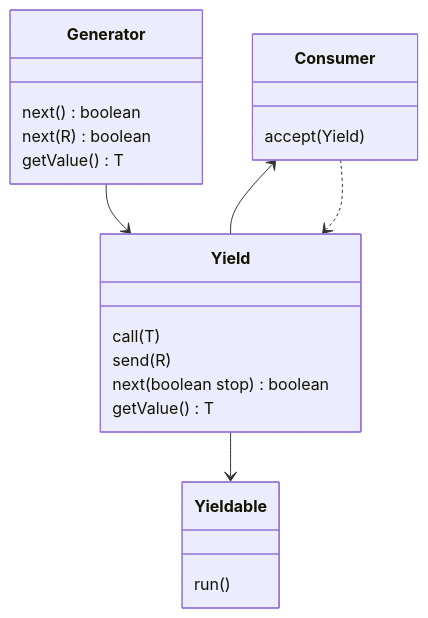
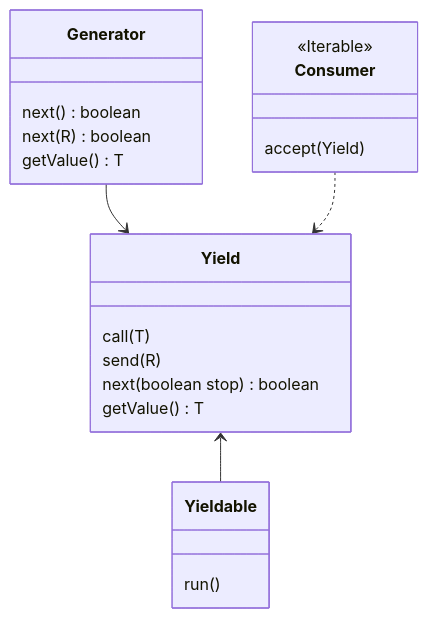
One commit to uia4j/uia-sim changed the first of 11 diagrams in README.md. Above: the diagram before and after it, drawn with Mermaid. The commit also changed other lines of this file and 3 other files, not shown here.

````diff
--- a/README.md
+++ b/README.md
@@ -112,17 +112,18 @@
 ```mermaid
 classDiagram
     Generator --> Yield
-    Consumer <-- Yield
     Consumer ..> Yield
-    Yield --> Yieldable
+    Yield <-- Yieldable
+
+    <<Iterable>> Consumer
 
     Generator: next() boolean
     Generator: next(R) boolean
     Generator: getValue() T
     Yield: call(T)
     Yield: send(R)
     Yield: next(boolean stop) boolean
     Yield: getValue() T
     Consumer: accept(Yield)
     Yieldable: run()
 ```
````
